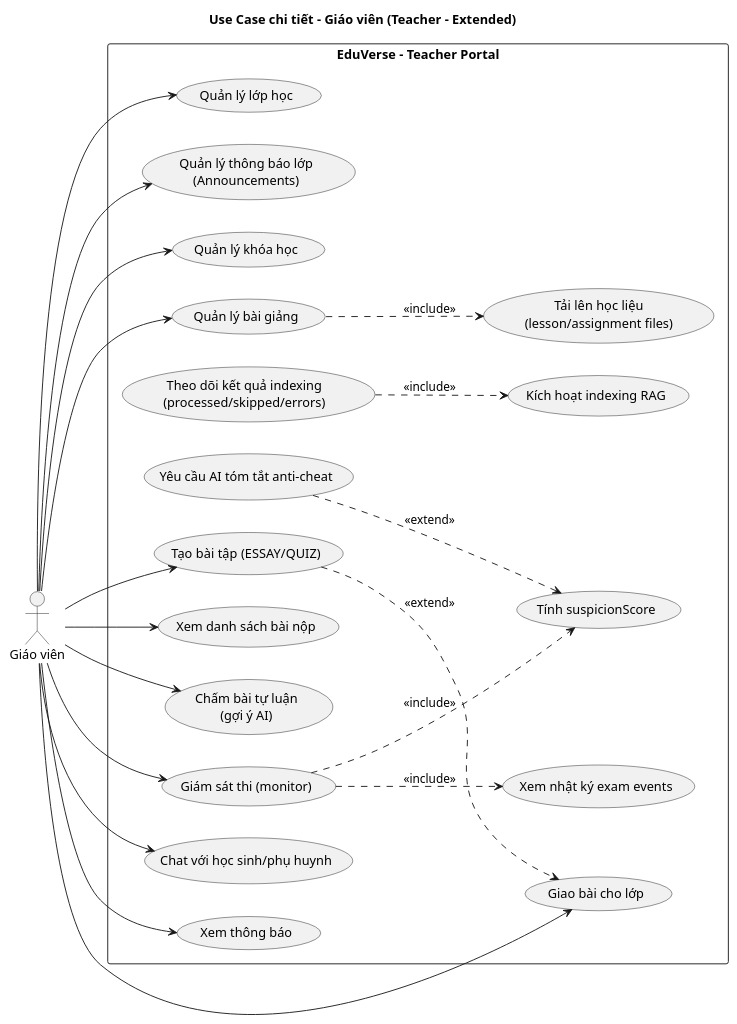
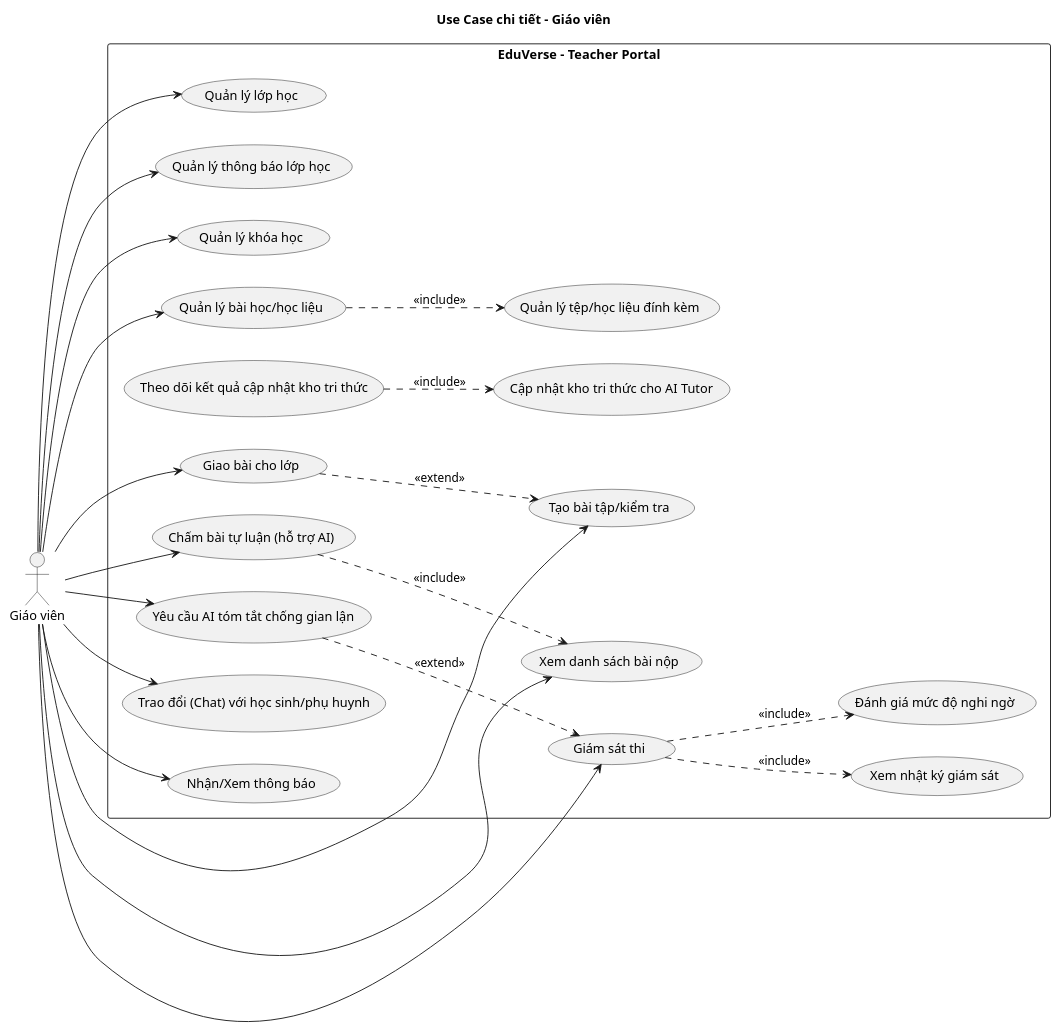
Before and after one commit to Tungggggggggggggg/secondary-lms-system: the diagram in docs/luanvan/figures/uml/puml/usecase-teacher-extended.puml, drawn with PlantUML. The commit also changed 13 other files, not shown here.

First line of the commit message:
Cập nhật và tinh chỉnh các sơ đồ ca sử dụng (Use Case) UML và mô tả

```diff
--- a/docs/luanvan/figures/uml/puml/usecase-teacher-extended.puml
+++ b/docs/luanvan/figures/uml/puml/usecase-teacher-extended.puml
@@ -1,52 +1,56 @@
 @startuml usecase-teacher-extended
 left to right direction
-title Use Case chi tiết - Giáo viên (Teacher - Extended)
+title Use Case chi tiết - Giáo viên
 
 actor "Giáo viên" as Teacher
 
 rectangle "EduVerse - Teacher Portal" {
   usecase "Quản lý lớp học" as UC_Classroom
-  usecase "Quản lý thông báo lớp\n(Announcements)" as UC_Announce
+  usecase "Quản lý thông báo lớp học" as UC_Announce
 
   usecase "Quản lý khóa học" as UC_Course
-  usecase "Quản lý bài giảng" as UC_Lesson
-  usecase "Tải lên học liệu\n(lesson/assignment files)" as UC_Attach
+  usecase "Quản lý bài học/học liệu" as UC_Lesson
+  usecase "Quản lý tệp/học liệu đính kèm" as UC_Attach
 
-  usecase "Kích hoạt indexing RAG" as UC_Index
-  usecase "Theo dõi kết quả indexing\n(processed/skipped/errors)" as UC_IndexStats
+  usecase "Cập nhật kho tri thức cho AI Tutor" as UC_Index
+  usecase "Theo dõi kết quả cập nhật kho tri thức" as UC_IndexStats
 
-  usecase "Tạo bài tập (ESSAY/QUIZ)" as UC_AssignmentCreate
+  usecase "Tạo bài tập/kiểm tra" as UC_AssignmentCreate
   usecase "Giao bài cho lớp" as UC_AssignToClass
   usecase "Xem danh sách bài nộp" as UC_ViewSubs
-  usecase "Chấm bài tự luận\n(gợi ý AI)" as UC_AiGrade
+  usecase "Chấm bài tự luận (hỗ trợ AI)" as UC_AiGrade
 
-  usecase "Giám sát thi (monitor)" as UC_Monitor
-  usecase "Xem nhật ký exam events" as UC_EventLog
-  usecase "Tính suspicionScore" as UC_Score
-  usecase "Yêu cầu AI tóm tắt anti-cheat" as UC_AntiCheatAI
+  usecase "Giám sát thi" as UC_Monitor
+  usecase "Xem nhật ký giám sát" as UC_EventLog
+  usecase "Đánh giá mức độ nghi ngờ" as UC_Score
+  usecase "Yêu cầu AI tóm tắt chống gian lận" as UC_AntiCheatAI
 
-  usecase "Chat với học sinh/phụ huynh" as UC_Chat
-  usecase "Xem thông báo" as UC_Notif
+  usecase "Trao đổi (Chat) với học sinh/phụ huynh" as UC_Chat
+  usecase "Nhận/Xem thông báo" as UC_Notif
 }
 
 Teacher --> UC_Classroom
 Teacher --> UC_Announce
 Teacher --> UC_Course
 Teacher --> UC_Lesson
 Teacher --> UC_AssignmentCreate
 Teacher --> UC_AssignToClass
 Teacher --> UC_ViewSubs
 Teacher --> UC_AiGrade
 Teacher --> UC_Monitor
+Teacher --> UC_AntiCheatAI
 Teacher --> UC_Chat
 Teacher --> UC_Notif
 
 UC_Lesson ..> UC_Attach : <<include>>
-UC_AssignmentCreate ..> UC_AssignToClass : <<extend>>
 UC_IndexStats ..> UC_Index : <<include>>
+
+UC_AssignToClass ..> UC_AssignmentCreate : <<extend>>
+
+UC_AiGrade ..> UC_ViewSubs : <<include>>
 
 UC_Monitor ..> UC_EventLog : <<include>>
 UC_Monitor ..> UC_Score : <<include>>
-UC_AntiCheatAI ..> UC_Score : <<extend>>
+UC_AntiCheatAI ..> UC_Monitor : <<extend>>
 
 @enduml
```
